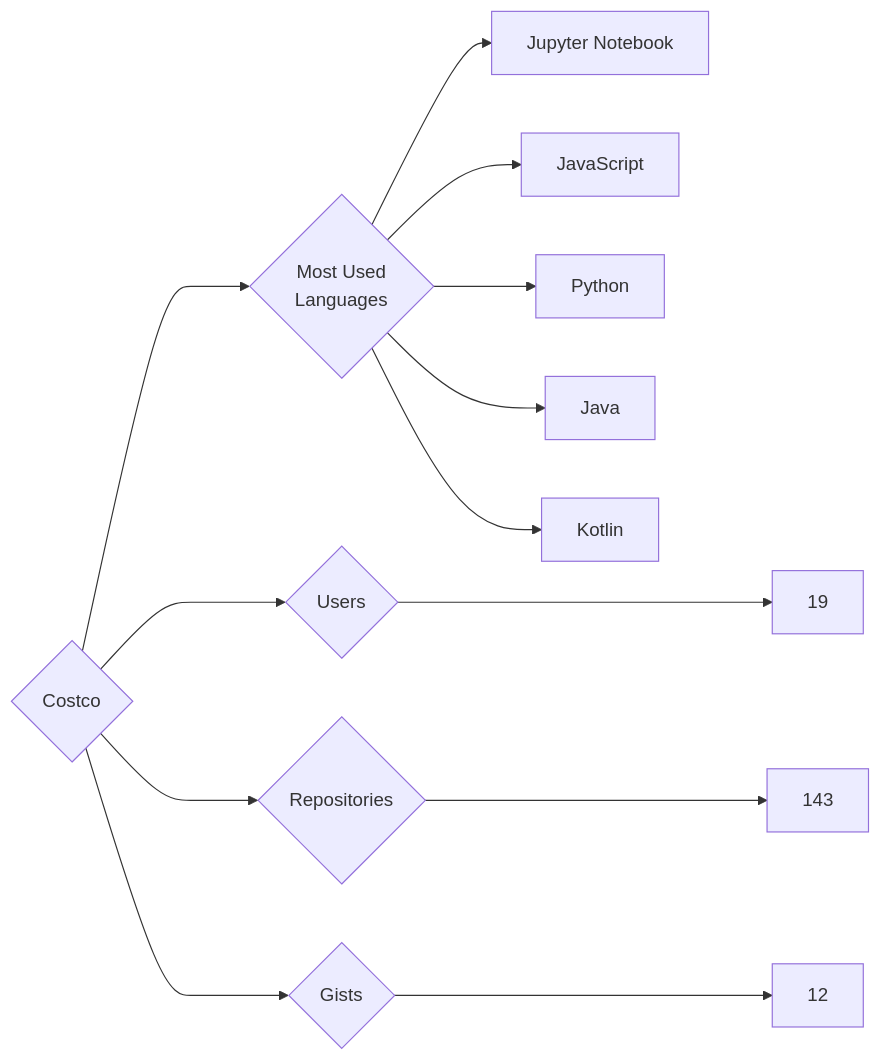
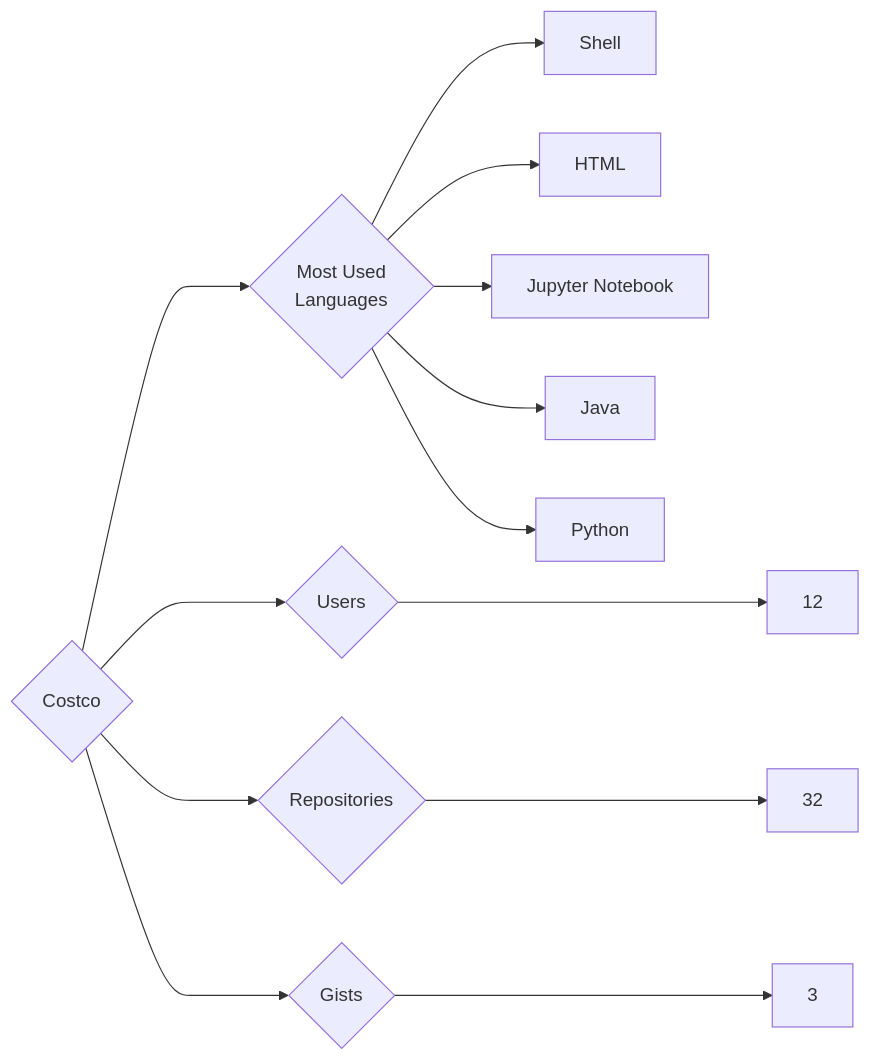
The diagram in targets/Costco/README.md (trickest/insiders), drawn with Mermaid before and after one commit. The commit also changed 925 other files, not shown here.

````diff
--- a/targets/Costco/README.md
+++ b/targets/Costco/README.md
@@ -3,13 +3,13 @@
 ```mermaid
 graph LR
 COMPANY_NAME{Costco}
-COMPANY_NAME ---> U{Users} ---> UN[19]
-COMPANY_NAME ---> R{Repositories} ---> RN[143]
-COMPANY_NAME ---> G{Gists} ---> GN[12]
+COMPANY_NAME ---> U{Users} ---> UN[12]
+COMPANY_NAME ---> R{Repositories} ---> RN[32]
+COMPANY_NAME ---> G{Gists} ---> GN[3]
 COMPANY_NAME ---> ML{Most Used<br>Languages}
+ML --> Shell[Shell]
+ML --> HTML[HTML]
 ML --> Jupyter_Notebook[Jupyter Notebook]
-ML --> JavaScript[JavaScript]
+ML --> Java[Java]
 ML --> Python[Python]
-ML --> Java[Java]
-ML --> Kotlin[Kotlin]
 ```
````
